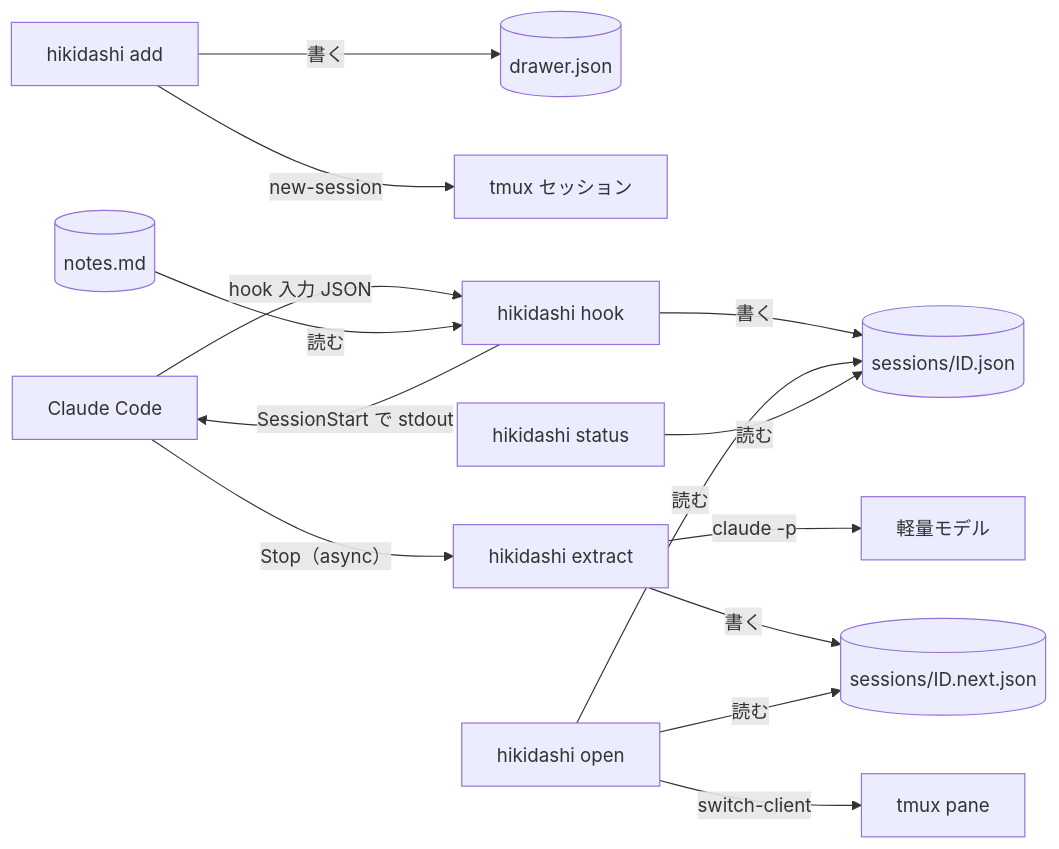
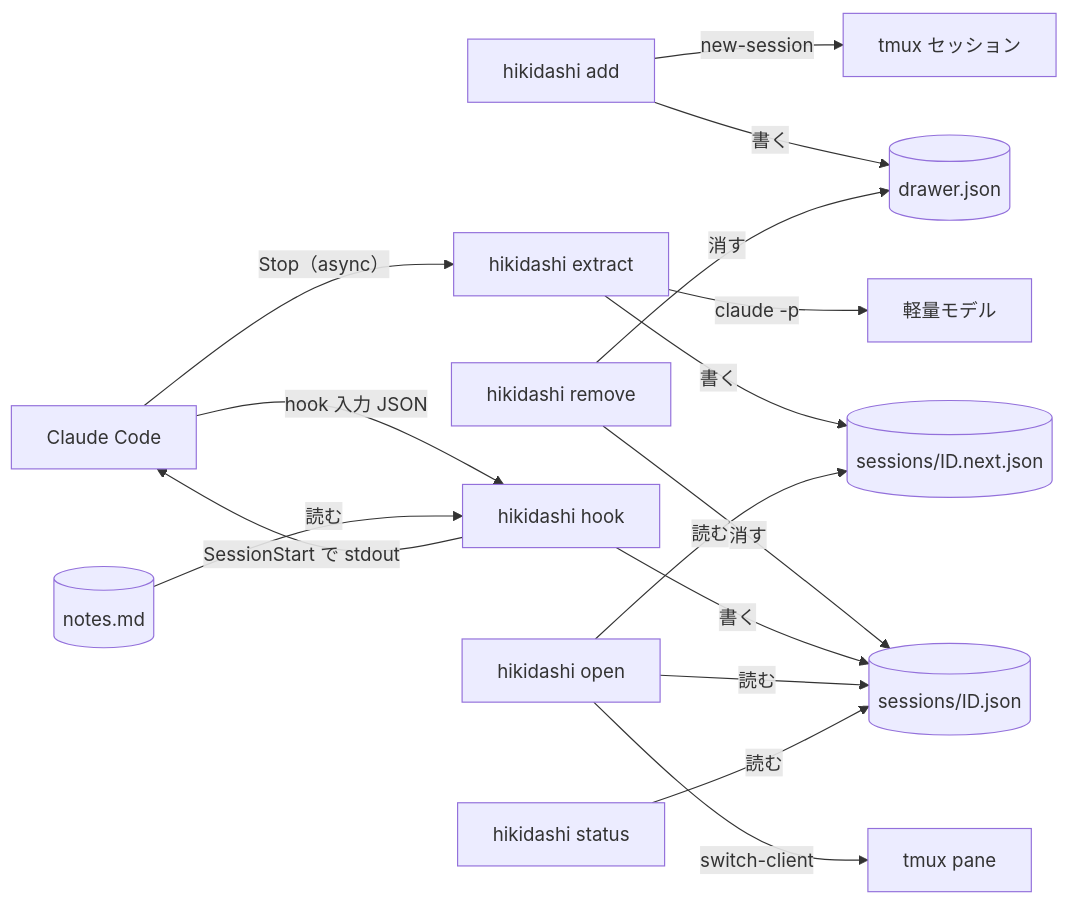
The first of 2 diagrams in docs/development/architecture.md (douhashi/hikidashi), drawn with Mermaid before and after one commit. The commit also changed other lines of this file and 10 other files, not shown here.

````diff
--- a/docs/development/architecture.md
+++ b/docs/development/architecture.md
@@ -39,16 +39,18 @@
 ```mermaid
 flowchart LR
   AD[hikidashi add] -- 書く --> D[(drawer.json)]
   AD -- new-session --> TS[tmux セッション]
+  RM[hikidashi remove] -- 消す --> D
+  RM -- 消す --> S
   CC[Claude Code] -- hook 入力 JSON --> H[hikidashi hook]
   CC -- Stop（async） --> X[hikidashi extract]
   H -- 書く --> S[(sessions/ID.json)]
   H -- SessionStart で stdout --> CC
   N[(notes.md)] -- 読む --> H
   X -- claude -p --> M[軽量モデル]
   X -- 書く --> A[(sessions/ID.next.json)]
   O[hikidashi open] -- 読む --> S
   O -- 読む --> A
   O -- switch-client --> T[tmux pane]
   ST[hikidashi status] -- 読む --> S
 ```
````
